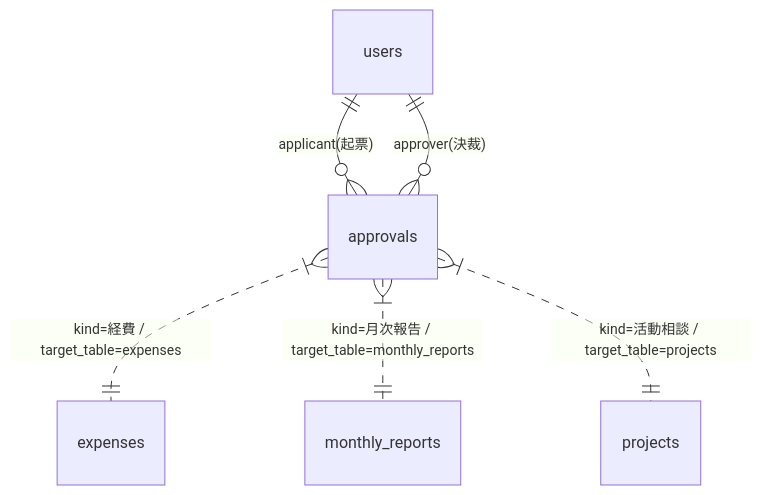
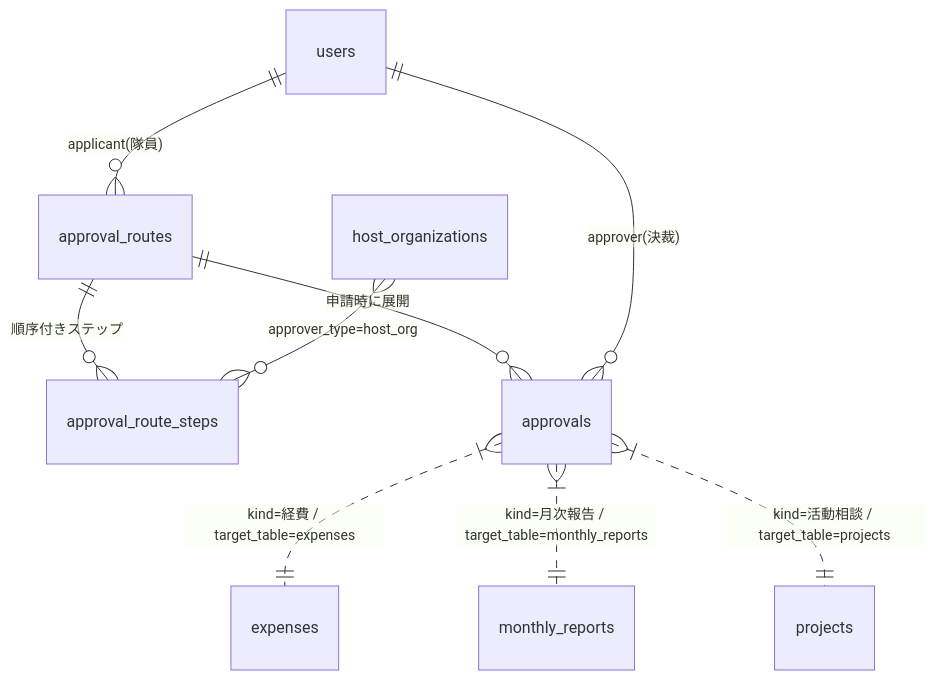
Before and after one commit to masa-dev-2000/kyoryokutai_support: the sixth of 11 diagrams in docs/22_v5_data_model.md, drawn with Mermaid. The commit also changed other lines of this file and 3 other files, not shown here.

````diff
--- a/docs/22_v5_data_model.md
+++ b/docs/22_v5_data_model.md
@@ -145,8 +153,11 @@
 ```mermaid
 erDiagram
-  users ||--o{ approvals : "applicant(起票)"
+  users ||--o{ approval_routes : "applicant(隊員)"
+  approval_routes ||--o{ approval_route_steps : "順序付きステップ"
+  approval_routes ||--o{ approvals : "申請時に展開"
   users ||--o{ approvals : "approver(決裁)"
   approvals }|..|| expenses : "kind=経費 / target_table=expenses"
   approvals }|..|| monthly_reports : "kind=月次報告 / target_table=monthly_reports"
   approvals }|..|| projects : "kind=活動相談 / target_table=projects"
+  host_organizations }o--o{ approval_route_steps : "approver_type=host_org"
 ```
````
